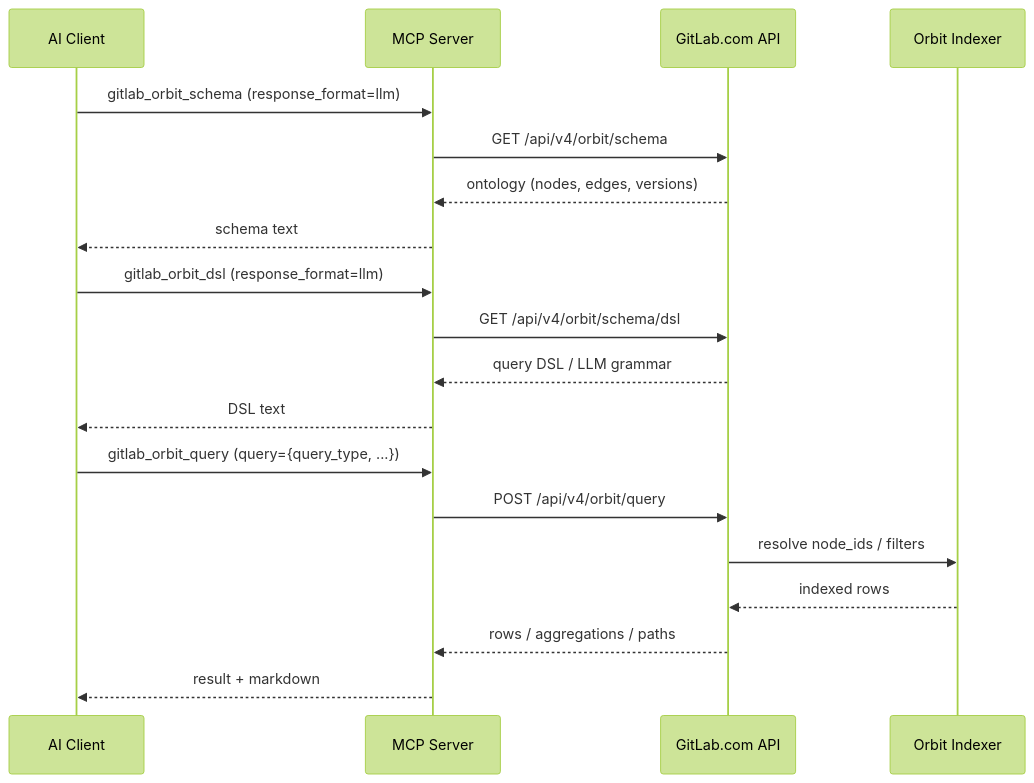
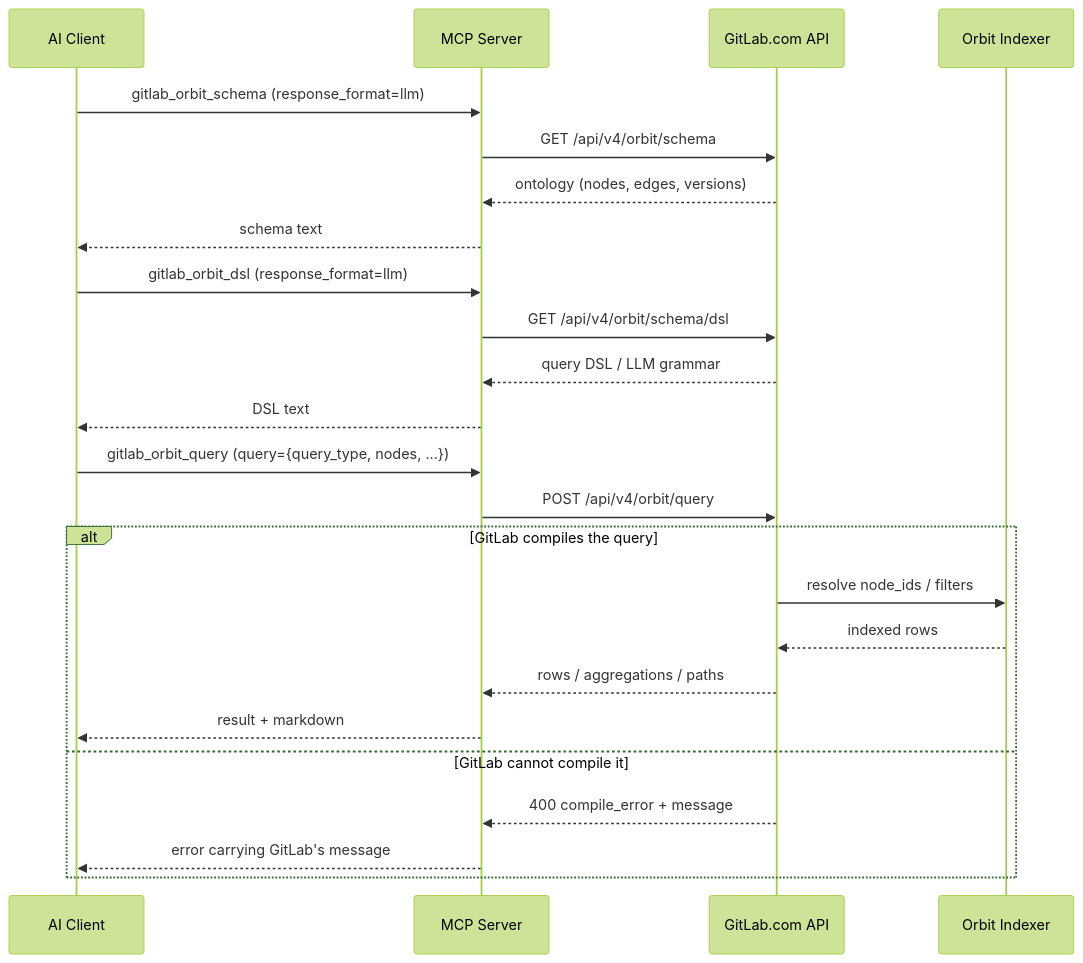
Before and after one commit to jmrplens/gitlab-mcp-server: the second of 2 diagrams in site/src/content/docs/tools/orbit.mdx, drawn with Mermaid (forest theme). The commit also changed other lines of this file and 39 other files, not shown here.

````diff
--- a/site/src/content/docs/tools/orbit.mdx
+++ b/site/src/content/docs/tools/orbit.mdx
@@ -81,24 +100,29 @@
 ```mermaid
 sequenceDiagram
     participant LLM as AI Client
     participant MCP as MCP Server
     participant GL as GitLab.com API
     participant IDX as Orbit Indexer
 
     LLM->>MCP: gitlab_orbit_schema (response_format=llm)
     MCP->>GL: GET /api/v4/orbit/schema
     GL-->>MCP: ontology (nodes, edges, versions)
     MCP-->>LLM: schema text
 
     LLM->>MCP: gitlab_orbit_dsl (response_format=llm)
     MCP->>GL: GET /api/v4/orbit/schema/dsl
     GL-->>MCP: query DSL / LLM grammar
     MCP-->>LLM: DSL text
 
-    LLM->>MCP: gitlab_orbit_query (query={query_type, ...})
+    LLM->>MCP: gitlab_orbit_query (query={query_type, nodes, ...})
     MCP->>GL: POST /api/v4/orbit/query
-    GL->>IDX: resolve node_ids / filters
-    IDX-->>GL: indexed rows
-    GL-->>MCP: rows / aggregations / paths
-    MCP-->>LLM: result + markdown
+    alt GitLab compiles the query
+        GL->>IDX: resolve node_ids / filters
+        IDX-->>GL: indexed rows
+        GL-->>MCP: rows / aggregations / paths
+        MCP-->>LLM: result + markdown
+    else GitLab cannot compile it
+        GL-->>MCP: 400 compile_error + message
+        MCP-->>LLM: error carrying GitLab's message
+    end
 ```
````
